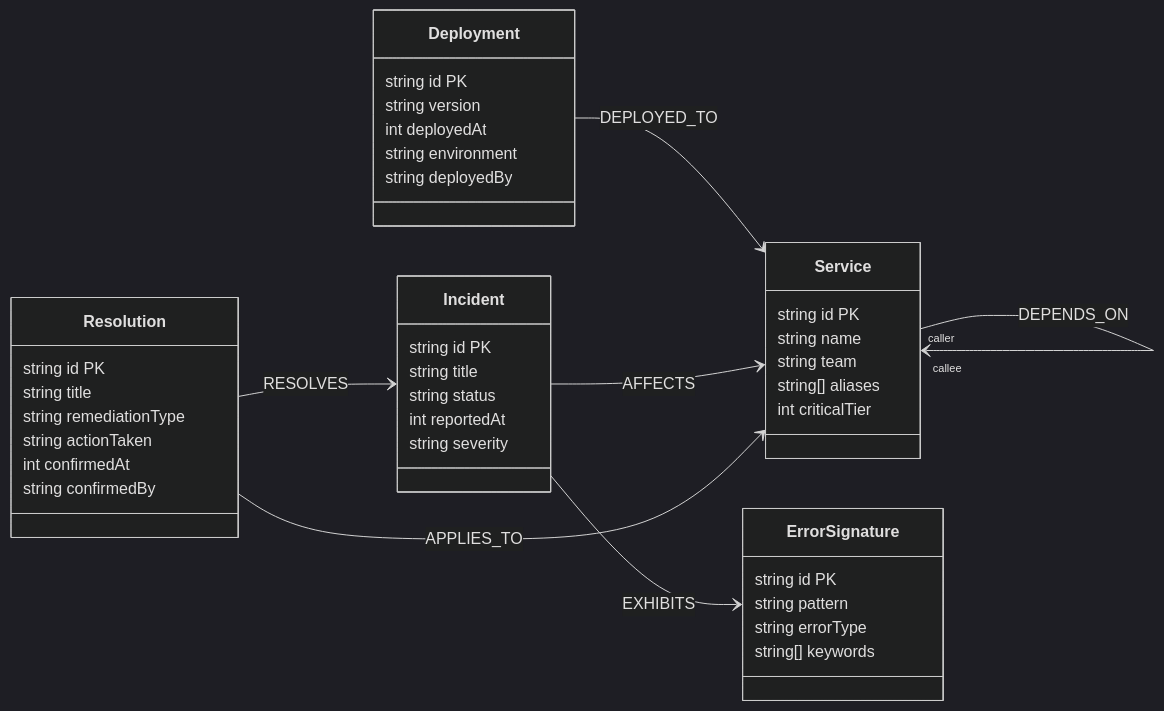
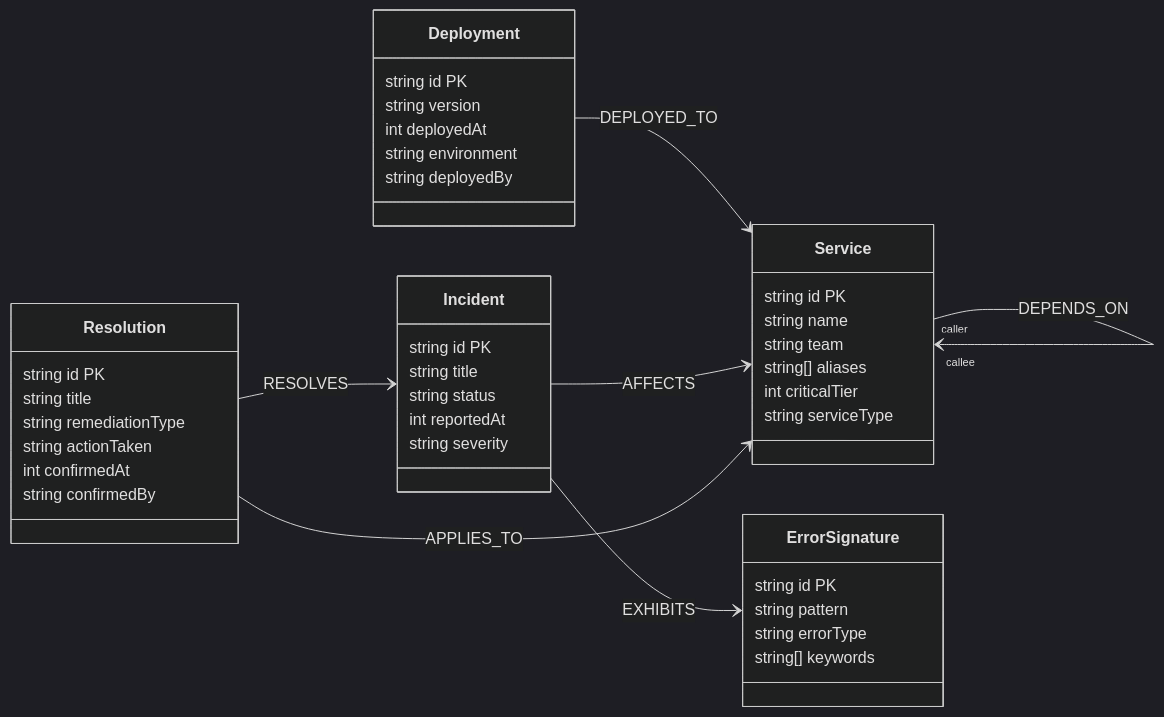
The diagram in docs/GRAPH_MODEL.md (manohar-kunda/DevTraceAI), drawn with Mermaid (dark theme) before and after one commit. The commit also changed other lines of this file and 11 other files, not shown here.

Commit message:
feat: idempotent graph seeding, schema constraints, and scenario verification (Checkpoint 5)

````diff
--- a/docs/GRAPH_MODEL.md
+++ b/docs/GRAPH_MODEL.md
@@ -17,51 +17,52 @@
 ```mermaid
 classDiagram
     direction LR
 
     class Service {
         string id PK
         string name
         string team
         string[] aliases
         int criticalTier
+        string serviceType
     }
 
     class Deployment {
         string id PK
         string version
         int deployedAt
         string environment
         string deployedBy
     }
 
     class ErrorSignature {
         string id PK
         string pattern
         string errorType
         string[] keywords
     }
 
     class Incident {
         string id PK
         string title
         string status
         int reportedAt
         string severity
     }
 
     class Resolution {
         string id PK
         string title
         string remediationType
         string actionTaken
         int confirmedAt
         string confirmedBy
     }
 
     Service "caller" --> "callee" Service : DEPENDS_ON
     Deployment --> Service : DEPLOYED_TO
     Incident --> Service : AFFECTS
     Incident --> ErrorSignature : EXHIBITS
     Resolution --> Incident : RESOLVES
     Resolution --> Service : APPLIES_TO
 ```
````
